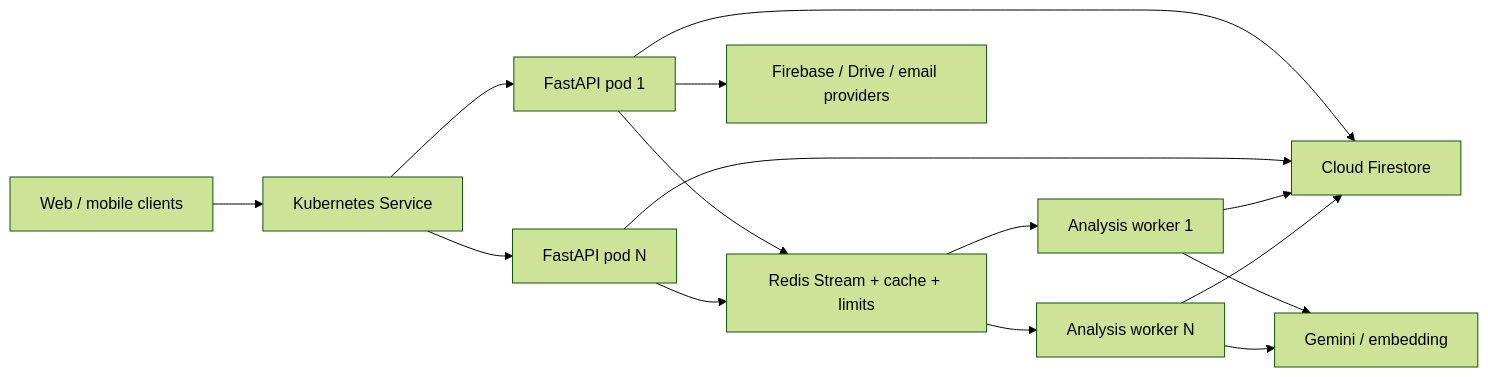
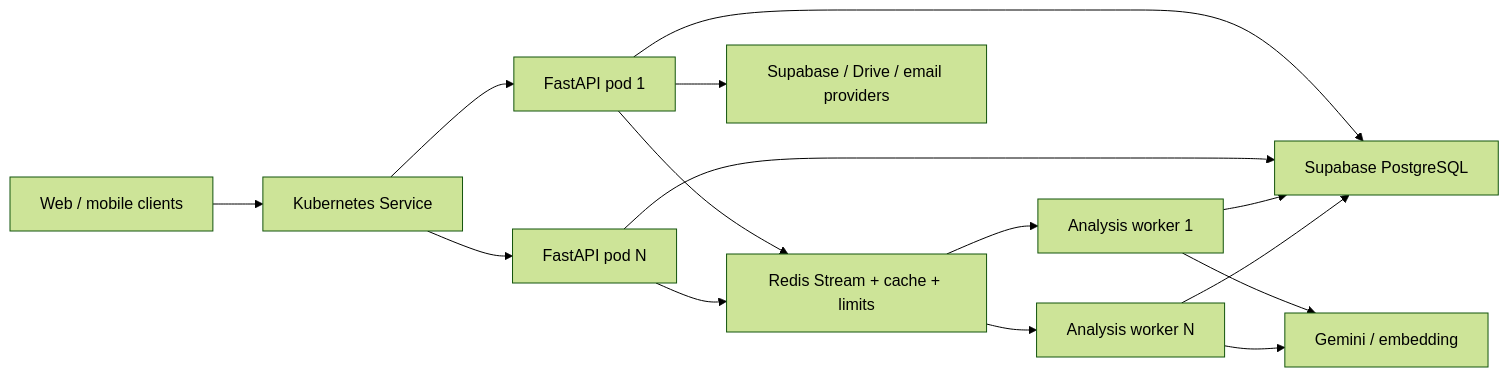
One commit to TechFutureAIFPT/TechFutureAI changed the diagram in Document/01-Tai-Lieu-Du-An/12-backend-scale-audit.md. Above: the diagram before and after it, drawn with Mermaid (forest theme). The commit also changed other lines of this file and 26 other files, not shown here.

````diff
--- a/Document/01-Tai-Lieu-Du-An/12-backend-scale-audit.md
+++ b/Document/01-Tai-Lieu-Du-An/12-backend-scale-audit.md
@@ -34,17 +34,17 @@
 ```mermaid
 flowchart LR
     FE["Web / mobile clients"] --> SVC["Kubernetes Service"]
     SVC --> API1["FastAPI pod 1"]
     SVC --> API2["FastAPI pod N"]
     API1 --> RS["Redis Stream + cache + limits"]
     API2 --> RS
     RS --> W1["Analysis worker 1"]
     RS --> WN["Analysis worker N"]
-    API1 --> FS["Cloud Firestore"]
+    API1 --> FS["Supabase PostgreSQL"]
     API2 --> FS
     W1 --> FS
     WN --> FS
     W1 --> GEM["Gemini / embedding"]
     WN --> GEM
-    API1 --> EXT["Firebase / Drive / email providers"]
+    API1 --> EXT["Supabase / Drive / email providers"]
 ```
````
